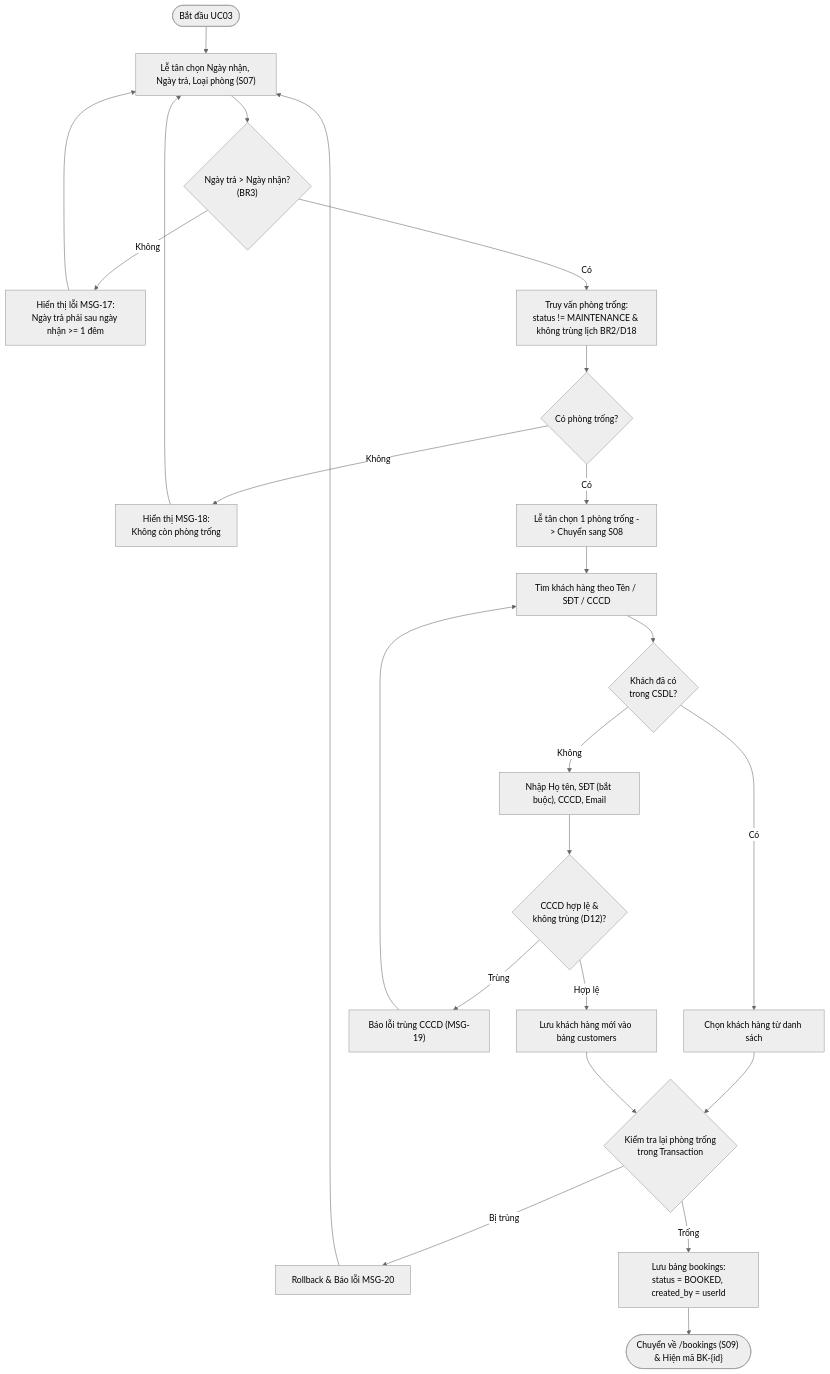
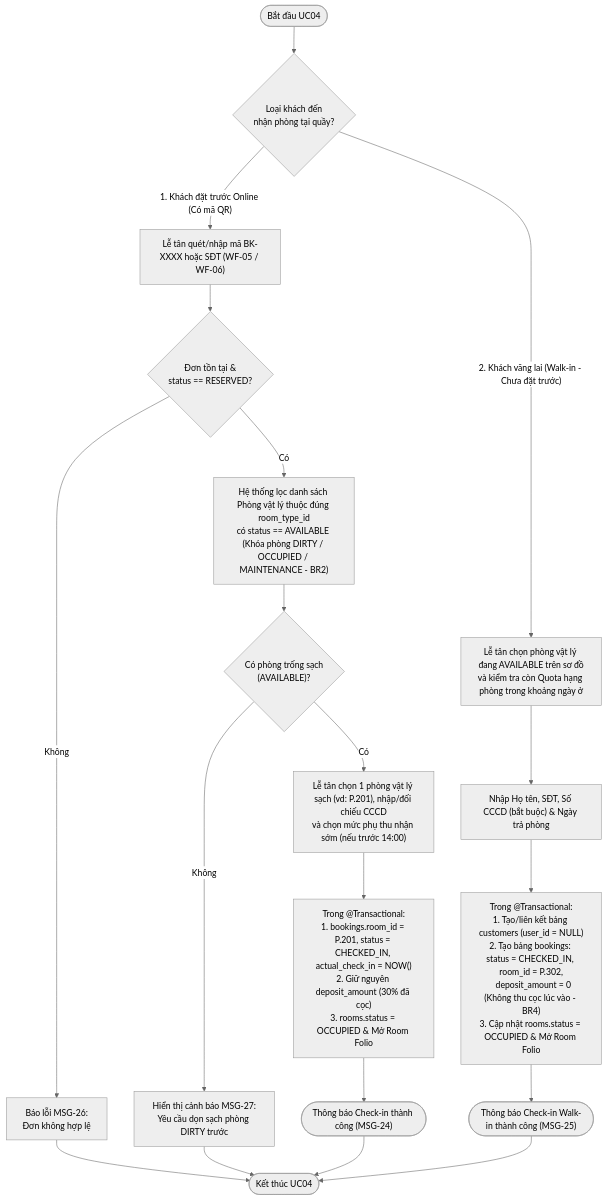
The fifth of 9 diagrams in docs/10-dac-ta-use-case-dat-phong-checkin-out.md (dangkhoa040706-design/ACE), drawn with Mermaid (neutral theme) before and after one commit. The commit also changed other lines of this file and 193 other files, not shown here.

````diff
--- a/docs/10-dac-ta-use-case-dat-phong-checkin-out.md
+++ b/docs/10-dac-ta-use-case-dat-phong-checkin-out.md
@@ -101,22 +152,19 @@
 ```mermaid
 flowchart TD
-    Start([Bắt đầu UC03]) --> InputDate["Lễ tân chọn Ngày nhận, Ngày trả, Loại phòng (S07)"]
-    InputDate --> CheckDate{"Ngày trả > Ngày nhận?<br/>(BR3)"}
-    CheckDate -- Không --> ErrDate["Hiển thị lỗi MSG-17:<br/>Ngày trả phải sau ngày nhận >= 1 đêm"] --> InputDate
-    CheckDate -- Có --> QueryRoom["Truy vấn phòng trống:<br/>status != MAINTENANCE & không trùng lịch BR2/D18"]
-    QueryRoom --> HasRoom{"Có phòng trống?"}
-    HasRoom -- Không --> ErrNoRoom["Hiển thị MSG-18:<br/>Không còn phòng trống"] --> InputDate
-    HasRoom -- Có --> SelectRoom["Lễ tân chọn 1 phòng trống -> Chuyển sang S08"]
-    SelectRoom --> SearchCust["Tìm khách hàng theo Tên / SĐT / CCCD"]
-    SearchCust --> CustExist{"Khách đã có<br/>trong CSDL?"}
-    CustExist -- Có --> PickCust["Chọn khách hàng từ danh sách"]
-    CustExist -- Không --> NewCust["Nhập Họ tên, SĐT (bắt buộc), CCCD, Email"]
-    NewCust --> CheckCCCD{"CCCD hợp lệ &<br/>không trùng (D12)?"}
-    CheckCCCD -- Trùng --> ErrCCCD["Báo lỗi trùng CCCD (MSG-19)"] --> SearchCust
-    CheckCCCD -- Hợp lệ --> SaveCust["Lưu khách hàng mới vào bảng customers"]
-    PickCust --> ReCheck{"Kiểm tra lại phòng trống<br/>trong Transaction"}
-    SaveCust --> ReCheck
-    ReCheck -- Bị trùng --> ErrRace["Rollback & Báo lỗi MSG-20"] --> InputDate
-    ReCheck -- Trống --> SaveBooking["Lưu bảng bookings:<br/>status = BOOKED, created_by = userId"]
-    SaveBooking --> Success(["Chuyển về /bookings (S09) & Hiện mã BK-{id}"])
+    Start([Bắt đầu UC04]) --> GuestType{"Loại khách đến\nnhận phòng tại quầy?"}
+
+    GuestType -- "1. Khách đặt trước Online (Có mã QR)" --> ScanQR["Lễ tân quét/nhập mã BK-XXXX hoặc SĐT (WF-05 / WF-06)"]
+    ScanQR --> CheckBooking{"Đơn tồn tại &\nstatus == RESERVED?"}
+    CheckBooking -- Không --> ErrBK["Báo lỗi MSG-26:\nĐơn không hợp lệ"] --> EndNode([Kết thúc UC04])
+    CheckBooking -- Có --> FilterClean["Hệ thống lọc danh sách Phòng vật lý thuộc đúng room_type_id\ncó status == AVAILABLE (Khóa phòng DIRTY / OCCUPIED / MAINTENANCE - BR2)"]
+    FilterClean --> HasClean{"Có phòng trống sạch\n(AVAILABLE)?"}
+    HasClean -- Không --> ErrDirty["Hiển thị cảnh báo MSG-27:\nYêu cầu dọn sạch phòng DIRTY trước"] --> EndNode
+    HasClean -- Có --> SelectRoom["Lễ tân chọn 1 phòng vật lý sạch (vd: P.201), nhập/đối chiếu CCCD\nvà chọn mức phụ thu nhận sớm (nếu trước 14:00)"]
+    SelectRoom --> UpdatePreBooked["Trong @Transactional:\n1. bookings.room_id = P.201, status = CHECKED_IN, actual_check_in = NOW()\n2. Giữ nguyên deposit_amount (30% đã cọc)\n3. rooms.status = OCCUPIED & Mở Room Folio"]
+    UpdatePreBooked --> DoneMsg(["Thông báo Check-in thành công (MSG-24)"]) --> EndNode
+
+    GuestType -- "2. Khách vãng lai (Walk-in - Chưa đặt trước)" --> PickWalkInRoom["Lễ tân chọn phòng vật lý đang AVAILABLE trên sơ đồ\nvà kiểm tra còn Quota hạng phòng trong khoảng ngày ở"]
+    PickWalkInRoom --> InputWalkIn["Nhập Họ tên, SĐT, Số CCCD (bắt buộc) & Ngày trả phòng"]
+    InputWalkIn --> SaveWalkIn["Trong @Transactional:\n1. Tạo/liên kết bảng customers (user_id = NULL)\n2. Tạo bảng bookings: status = CHECKED_IN, room_id = P.302,\n   deposit_amount = 0 (Không thu cọc lúc vào - BR4)\n3. Cập nhật rooms.status = OCCUPIED & Mở Room Folio"]
+    SaveWalkIn --> DoneWalkIn(["Thông báo Check-in Walk-in thành công (MSG-25)"]) --> EndNode
 ```
````
